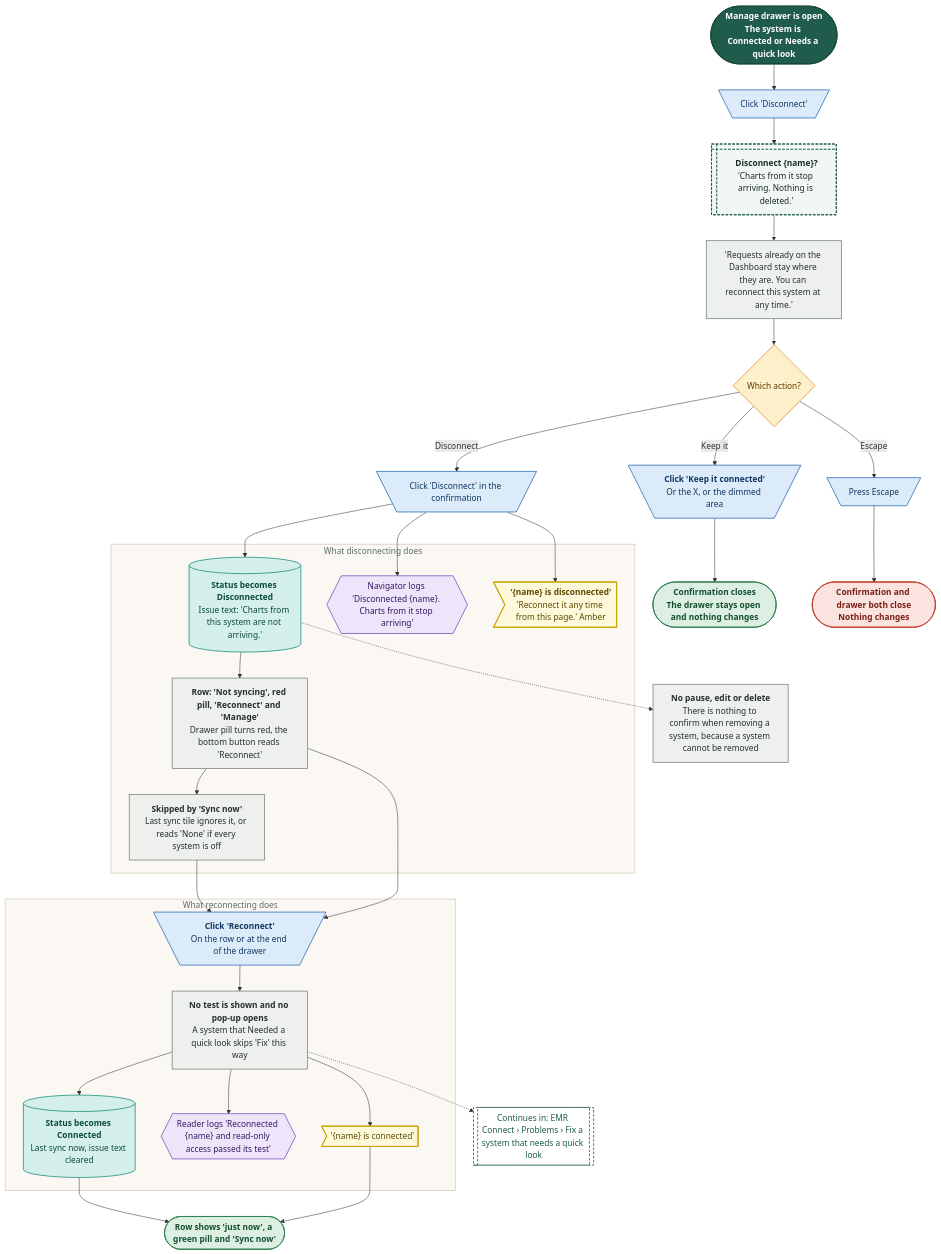
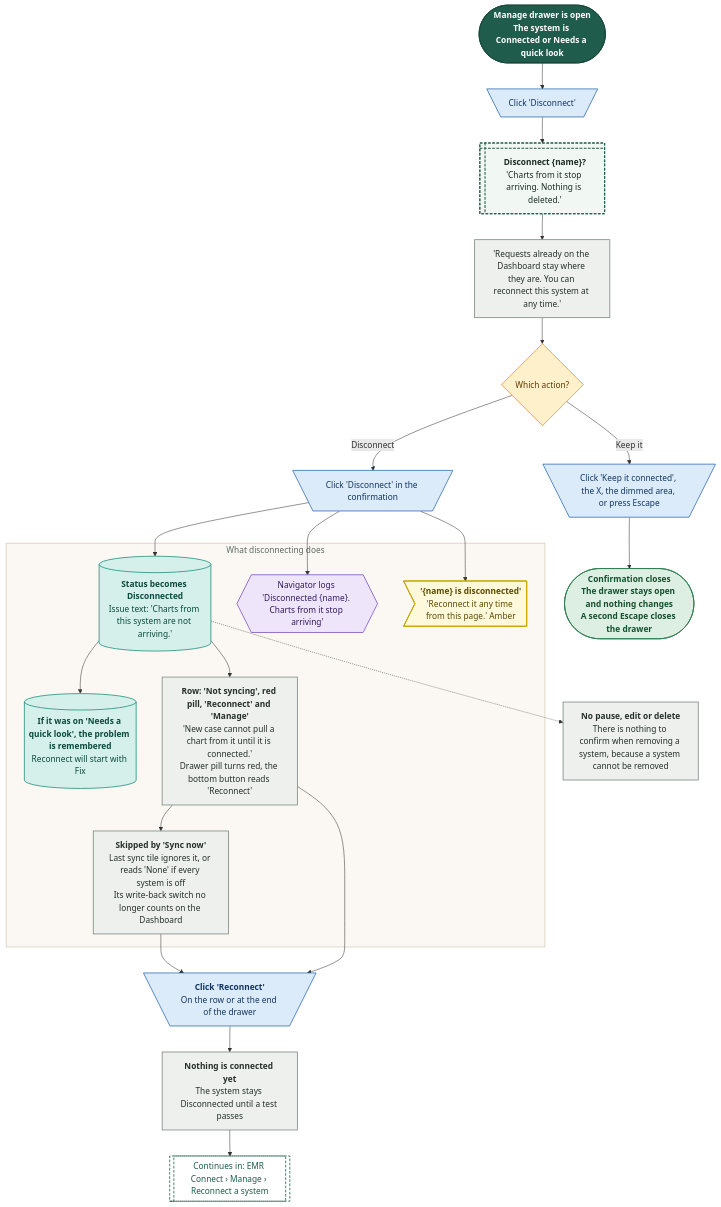
Diagram 16 of 17 in demos/prior-auth-demo/workflows/out/md/09-emr-connect.md (Shrav143/psyfloapp), drawn with Mermaid before and after one commit. The commit also changed other lines of this file and 195 other files, not shown here.

First line of the commit message:
docs: Rebuild workflow diagrams after the demo fixes (220 diagrams)

````diff
--- a/demos/prior-auth-demo/workflows/out/md/09-emr-connect.md
+++ b/demos/prior-auth-demo/workflows/out/md/09-emr-connect.md
@@ -1154,73 +1287,61 @@
 ```mermaid
 %%{init: {"theme":"base","themeVariables":{"fontFamily":"'DM Sans', 'Segoe UI', system-ui, sans-serif","fontSize":"15px","lineColor":"#5B6B63","primaryTextColor":"#1C2B25","clusterBkg":"#FBF8F3","clusterBorder":"#D9CDBB","edgeLabelBackground":"#FFFFFF"},"flowchart":{"curve":"basis","nodeSpacing":36,"rankSpacing":48,"padding":12,"htmlLabels":true,"useMaxWidth":false,"wrappingWidth":230}} }%%
 flowchart TD
   classDef k_start fill:#1F5C4B,stroke:#174638,color:#FFFFFF,stroke-width:1.5px,font-weight:600
   classDef k_end fill:#DDEFE3,stroke:#2E7D4F,color:#14502F,stroke-width:1.5px,font-weight:600
   classDef k_endx fill:#FBE3E0,stroke:#C0392B,color:#7A1F16,stroke-width:1.5px,font-weight:600
   classDef k_screen fill:#FFFDF8,stroke:#1F5C4B,color:#1C2B25,stroke-width:2px
   classDef k_overlay fill:#F1F7F3,stroke:#1F5C4B,color:#1C2B25,stroke-width:2px,stroke-dasharray:5 3
   classDef k_click fill:#DCEBFA,stroke:#2F6DB5,color:#12365F,stroke-width:1.5px
   classDef k_input fill:#E4E7FF,stroke:#4C5FD5,color:#1D2670,stroke-width:1.5px
   classDef k_process fill:#EEF0EE,stroke:#7A857F,color:#26302B,stroke-width:1.5px
   classDef k_agent fill:#EEE5FA,stroke:#7A4FC2,color:#341A63,stroke-width:1.5px
   classDef k_decision fill:#FFF0CC,stroke:#D9962B,color:#5C3B00,stroke-width:1.5px
   classDef k_store fill:#D5F0EA,stroke:#1C8E7B,color:#0B4A3F,stroke-width:1.5px
   classDef k_doc fill:#F6E9DC,stroke:#B07A4C,color:#4A2E14,stroke-width:1.5px
   classDef k_ext fill:#FFE6D2,stroke:#E07B39,color:#6B2F06,stroke-width:1.5px
   classDef k_wait fill:#E4E8EE,stroke:#6B7C93,color:#26303D,stroke-width:1.5px
   classDef k_toast fill:#FFF9DB,stroke:#C9A400,color:#5A4A00,stroke-width:1.5px
   classDef k_goto fill:#FFFFFF,stroke:#1F5C4B,color:#1F5C4B,stroke-width:1.5px,stroke-dasharray:5 3
   s1@{ shape: stadium, label: "<b>Manage drawer is open</b><br/>The system is Connected or Needs a quick look" }
   c1@{ shape: trap-t, label: "Click 'Disconnect'" }
   o1@{ shape: win-pane, label: "<b>Disconnect {name}?</b><br/>'Charts from it stop arriving. Nothing is deleted.'" }
   p1@{ shape: rect, label: "'Requests already on the Dashboard stay where they are. You can reconnect this system at any time.'" }
   q1@{ shape: diam, label: "Which action?" }
-  k1@{ shape: trap-t, label: "<b>Click 'Keep it connected'</b><br/>Or the X, or the dimmed area" }
-  k2@{ shape: trap-t, label: "Press Escape" }
+  k1@{ shape: trap-t, label: "Click 'Keep it connected', the X, the dimmed area, or press Escape" }
   k3@{ shape: trap-t, label: "Click 'Disconnect' in the confirmation" }
-  e1@{ shape: stadium, label: "<b>Confirmation closes</b><br/>The drawer stays open and nothing changes" }
-  e2@{ shape: stadium, label: "<b>Confirmation and drawer both close</b><br/>Nothing changes" }
+  e1@{ shape: stadium, label: "<b>Confirmation closes</b><br/>The drawer stays open and nothing changes<br/>A second Escape closes the drawer" }
   subgraph gOff ["What disconnecting does"]
   a1@{ shape: cyl, label: "<b>Status becomes Disconnected</b><br/>Issue text: 'Charts from this system are not arriving.'" }
+  a6@{ shape: cyl, label: "<b>If it was on 'Needs a quick look', the problem is remembered</b><br/>Reconnect will start with Fix" }
   a2@{ shape: hex, label: "Navigator logs 'Disconnected {name}. Charts from it stop arriving'" }
   a3@{ shape: odd, label: "<b>'{name} is disconnected'</b><br/>'Reconnect it any time from this page.' Amber" }
-  a4@{ shape: rect, label: "<b>Row: 'Not syncing', red pill, 'Reconnect' and 'Manage'</b><br/>Drawer pill turns red, the bottom button reads 'Reconnect'" }
-  a5@{ shape: rect, label: "<b>Skipped by 'Sync now'</b><br/>Last sync tile ignores it, or reads 'None' if every system is off" }
+  a4@{ shape: rect, label: "<b>Row: 'Not syncing', red pill, 'Reconnect' and 'Manage'</b><br/>'New case cannot pull a chart from it until it is connected.'<br/>Drawer pill turns red, the bottom button reads 'Reconnect'" }
+  a5@{ shape: rect, label: "<b>Skipped by 'Sync now'</b><br/>Last sync tile ignores it, or reads 'None' if every system is off<br/>Its write-back switch no longer counts on the Dashboard" }
   end
-  subgraph gOn ["What reconnecting does"]
   r1@{ shape: trap-t, label: "<b>Click 'Reconnect'</b><br/>On the row or at the end of the drawer" }
-  r2@{ shape: rect, label: "<b>No test is shown and no pop-up opens</b><br/>A system that Needed a quick look skips 'Fix' this way" }
-  r3@{ shape: cyl, label: "<b>Status becomes Connected</b><br/>Last sync now, issue text cleared" }
-  r4@{ shape: hex, label: "Reader logs 'Reconnected {name} and read-only access passed its test'" }
-  r5@{ shape: odd, label: "'{name} is connected'" }
-  end
-  e3@{ shape: stadium, label: "Row shows 'just now', a green pill and 'Sync now'" }
+  r2@{ shape: rect, label: "<b>Nothing is connected yet</b><br/>The system stays Disconnected until a test passes" }
+  g2@{ shape: subproc, label: "Continues in: EMR Connect › Manage › Reconnect a system" }
   n1@{ shape: rect, label: "<b>No pause, edit or delete</b><br/>There is nothing to confirm when removing a system, because a system cannot be removed" }
-  g1@{ shape: subproc, label: "Continues in: EMR Connect › Problems › Fix a system that needs a quick look" }
   s1 --> c1 --> o1 --> p1 --> q1
   q1 -->|"Keep it"| k1 --> e1
-  q1 -->|"Escape"| k2 --> e2
   q1 -->|"Disconnect"| k3
   k3 --> a1 & a2 & a3
+  a1 --> a6
   a1 --> a4 --> a5
   a5 --> r1
   a4 --> r1
-  r1 --> r2 --> r3 & r4 & r5
-  r3 --> e3
-  r5 --> e3
-  r2 -.-> g1
+  r1 --> r2 --> g2
   a1 -.-> n1
   class s1 k_start
-  class c1,k1,k2,k3,r1 k_click
+  class c1,k1,k3,r1 k_click
   class o1 k_overlay
   class p1,a4,a5,r2,n1 k_process
   class q1 k_decision
-  class e1,e3 k_end
-  class e2 k_endx
-  class a1,r3 k_store
-  class a2,r4 k_agent
-  class a3,r5 k_toast
-  class g1 k_goto
+  class e1 k_end
+  class a1,a6 k_store
+  class a2 k_agent
+  class a3 k_toast
+  class g2 k_goto
   style gOff fill:#FBF8F3,stroke:#D9CDBB,stroke-width:1.5px,color:#5B6B63
-  style gOn fill:#FBF8F3,stroke:#D9CDBB,stroke-width:1.5px,color:#5B6B63
 ```
````
